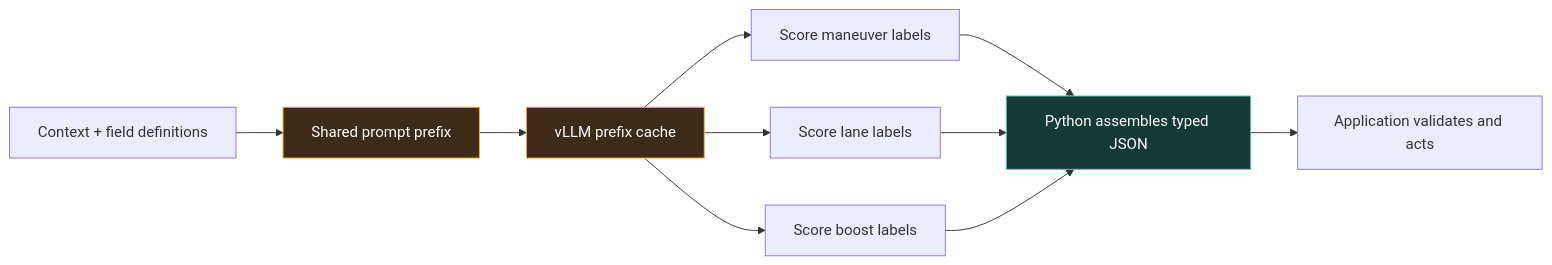
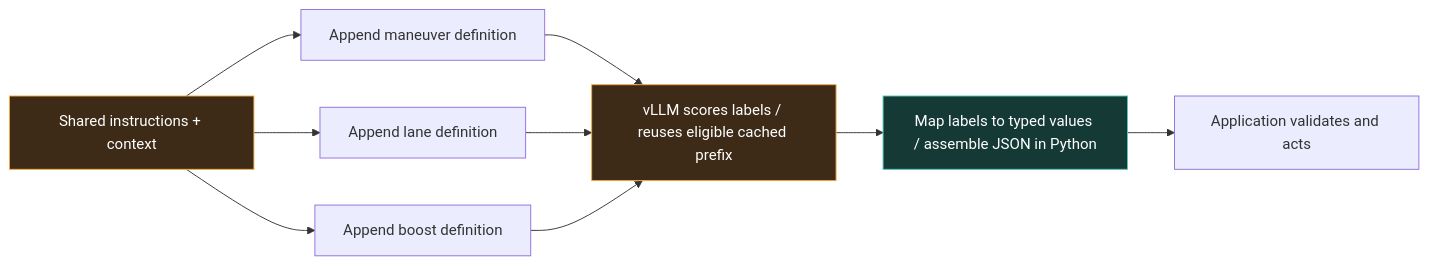
Before and after one commit to kikoncuo/jevfire: the diagram in README.md, drawn with Mermaid. The commit also changed other lines of this file and 38 other files, not shown here.

````diff
--- a/README.md
+++ b/README.md
@@ -72,15 +75,14 @@
 ```mermaid
 flowchart LR
-    C["Context + field definitions"] --> P["Shared prompt prefix"]
-    P --> K["vLLM prefix cache"]
-    K --> A["Score maneuver labels"]
-    K --> B["Score lane labels"]
-    K --> D["Score boost labels"]
-    A --> J["Python assembles typed JSON"]
-    B --> J
-    D --> J
+    P["Shared instructions + context"] --> A["Append maneuver definition"]
+    P --> B["Append lane definition"]
+    P --> D["Append boost definition"]
+    A --> K["vLLM scores labels / reuses eligible cached prefix"]
+    B --> K
+    D --> K
+    K --> J["Map labels to typed values / assemble JSON in Python"]
     J --> G["Application validates and acts"]
     style P fill:#3d2b17,stroke:#f4aa42,color:#fff
     style K fill:#3d2b17,stroke:#f4aa42,color:#fff
     style J fill:#153a36,stroke:#54c7b6,color:#fff
 ```
````
